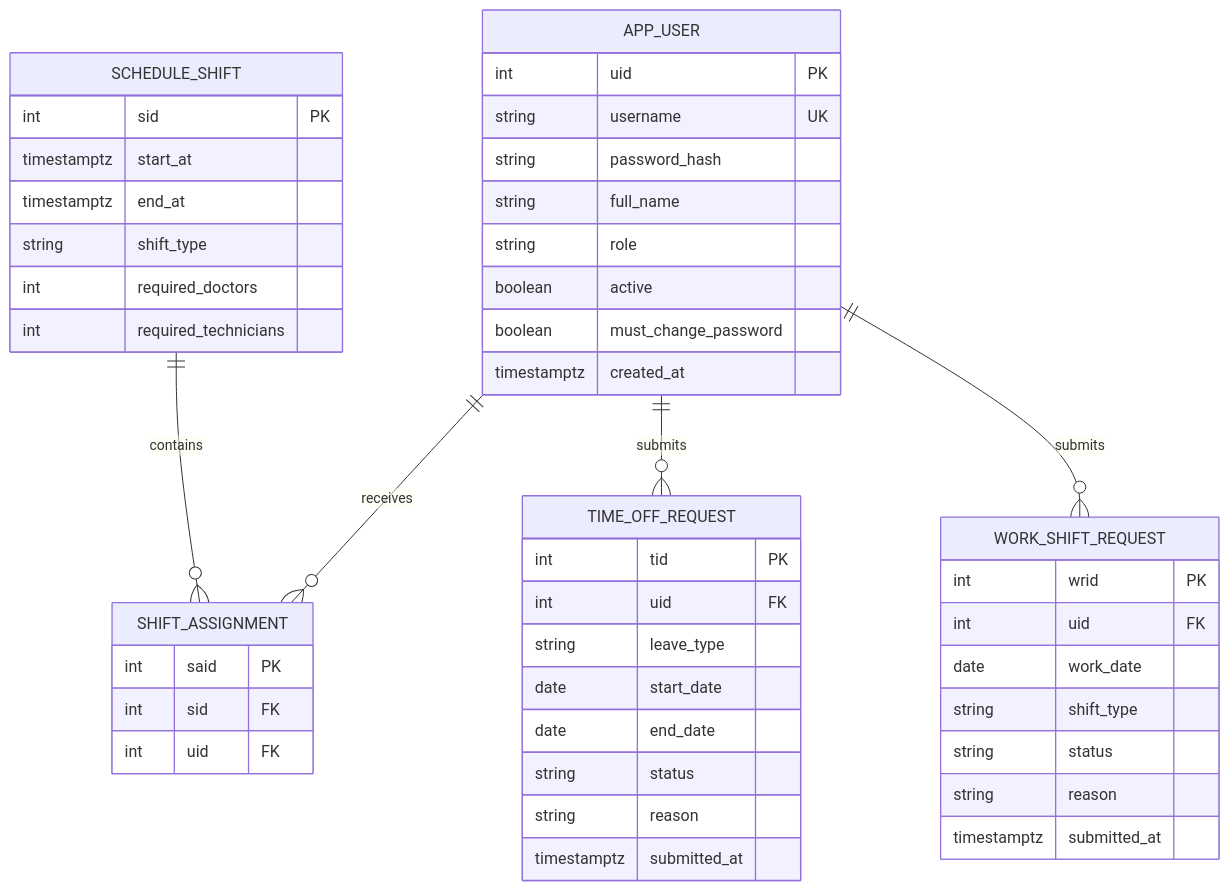
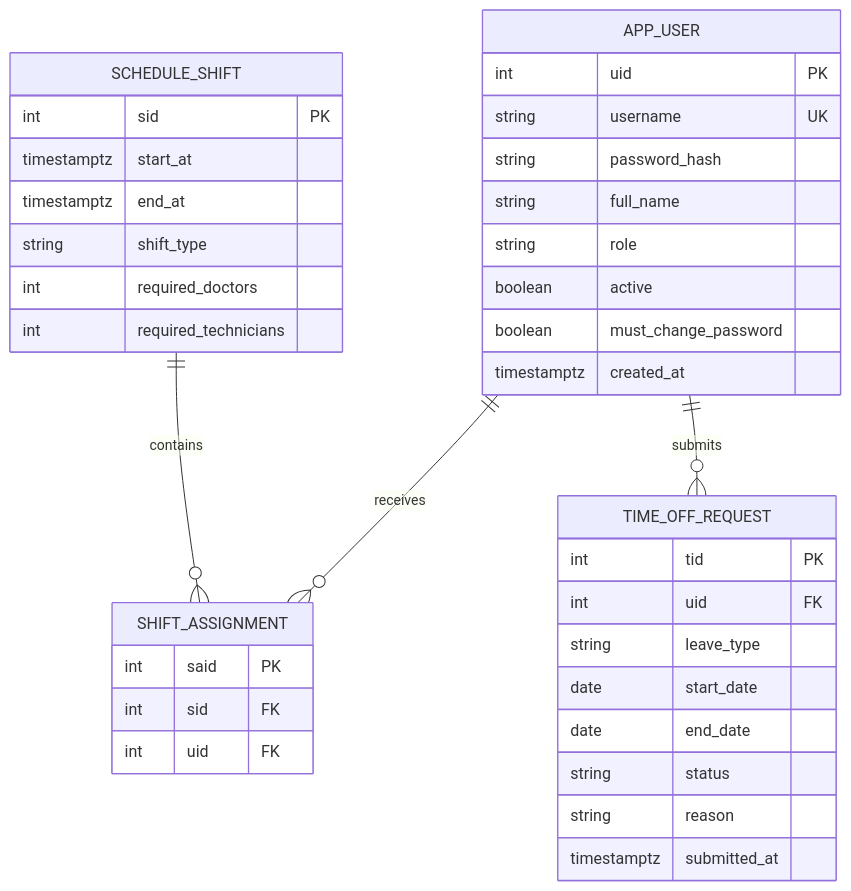
One commit to dnoah2005/acme-vet-clinic changed the diagram in docs/ERDiagram.md. Above: the diagram before and after it, drawn with Mermaid. The commit also changed 16 other files, not shown here.

````diff
--- a/docs/ERDiagram.md
+++ b/docs/ERDiagram.md
@@ -3,54 +3,44 @@
 ```mermaid
 erDiagram
     APP_USER ||--o{ SHIFT_ASSIGNMENT : receives
     SCHEDULE_SHIFT ||--o{ SHIFT_ASSIGNMENT : contains
     APP_USER ||--o{ TIME_OFF_REQUEST : submits
-    APP_USER ||--o{ WORK_SHIFT_REQUEST : submits
 
     APP_USER {
         int uid PK
         string username UK
         string password_hash
         string full_name
         string role
         boolean active
         boolean must_change_password
         timestamptz created_at
     }
 
     SCHEDULE_SHIFT {
         int sid PK
         timestamptz start_at
         timestamptz end_at
         string shift_type
         int required_doctors
         int required_technicians
     }
 
     SHIFT_ASSIGNMENT {
         int said PK
         int sid FK
         int uid FK
     }
 
     TIME_OFF_REQUEST {
         int tid PK
         int uid FK
         string leave_type
         date start_date
         date end_date
         string status
         string reason
         timestamptz submitted_at
     }
 
-    WORK_SHIFT_REQUEST {
-        int wrid PK
-        int uid FK
-        date work_date
-        string shift_type
-        string status
-        string reason
-        timestamptz submitted_at
-    }
 ```
````
